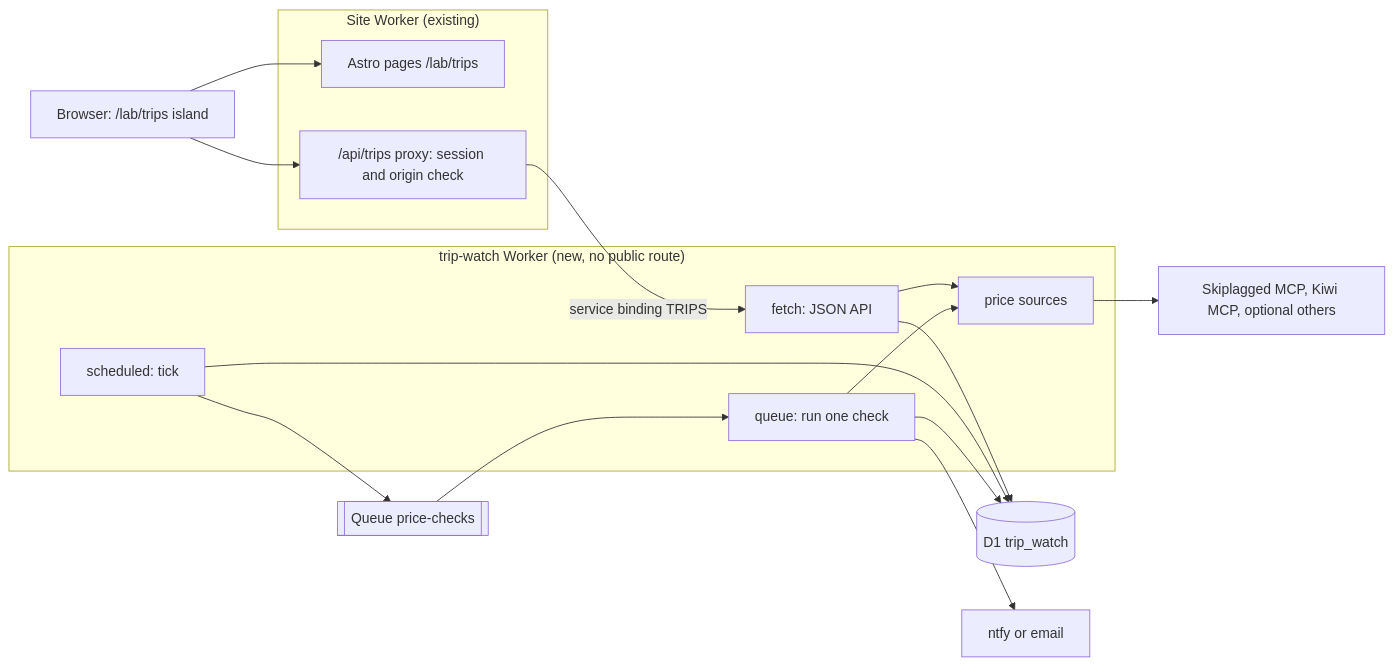
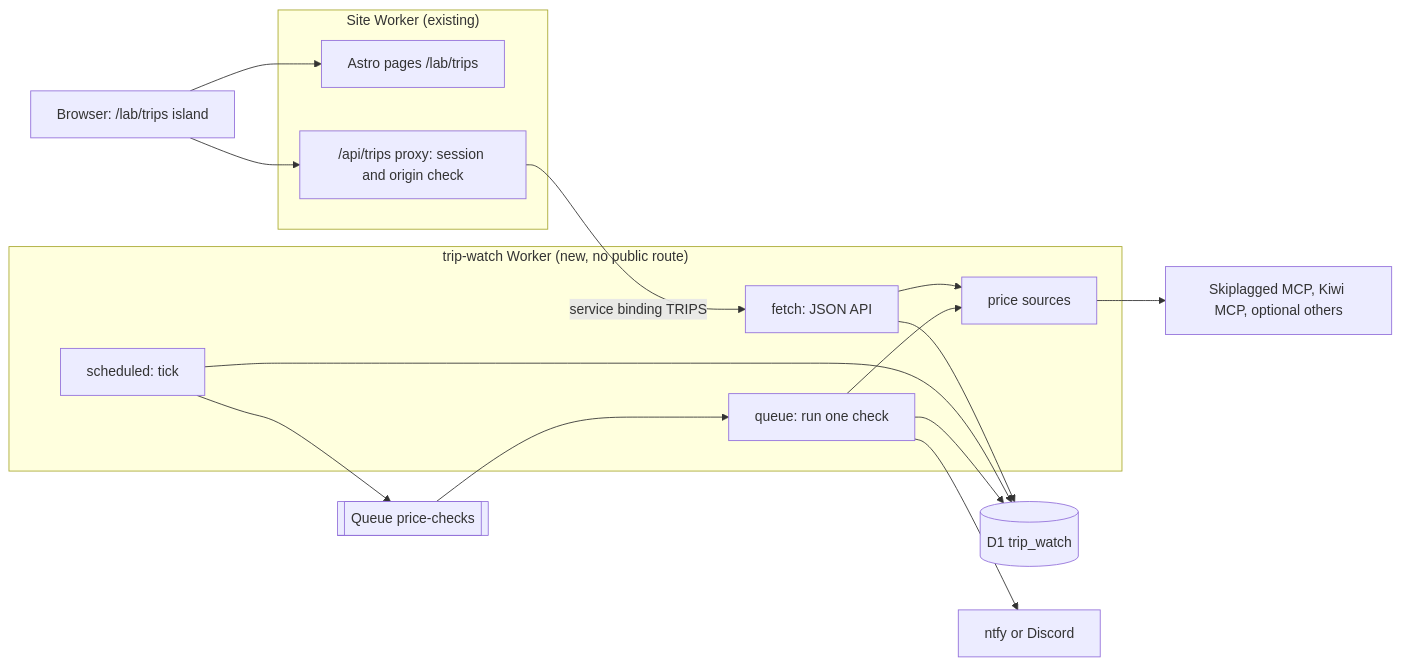
One commit to baladithyab/baladithyab.github.io changed the diagram in docs/TRIP_WATCH.md. Above: the diagram before and after it, drawn with Mermaid. The commit also changed other lines of this file and 1 other file, not shown here.

````diff
--- a/docs/TRIP_WATCH.md
+++ b/docs/TRIP_WATCH.md
@@ -108,34 +207,34 @@
 ```mermaid
 flowchart LR
   UI["Browser: /lab/trips island"]
 
   subgraph SITE["Site Worker (existing)"]
     PAGES["Astro pages /lab/trips"]
     PROXY["/api/trips proxy: session and origin check"]
   end
 
   subgraph TW["trip-watch Worker (new, no public route)"]
     API["fetch: JSON API"]
     TICK["scheduled: tick"]
     CHECK["queue: run one check"]
     SRC["price sources"]
   end
 
   DB[("D1 trip_watch")]
   Q[["Queue price-checks"]]
   PROV["Skiplagged MCP, Kiwi MCP, optional others"]
-  NOTE["ntfy or email"]
+  NOTE["ntfy or Discord"]
 
   UI --> PAGES
   UI --> PROXY
   PROXY -->|"service binding TRIPS"| API
   API --> DB
   API --> SRC
   TICK --> DB
   TICK --> Q
   Q --> CHECK
   CHECK --> SRC
   CHECK --> DB
   CHECK --> NOTE
   SRC --> PROV
 ```
````
